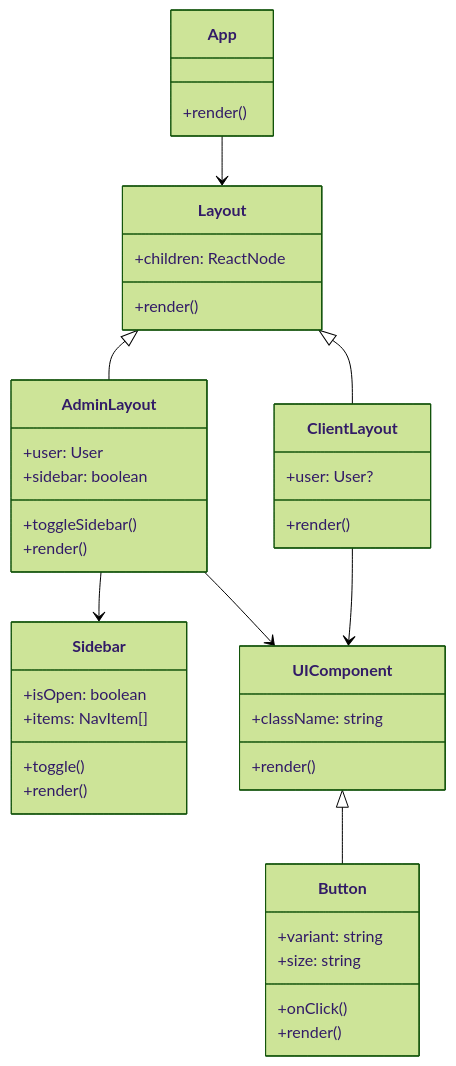
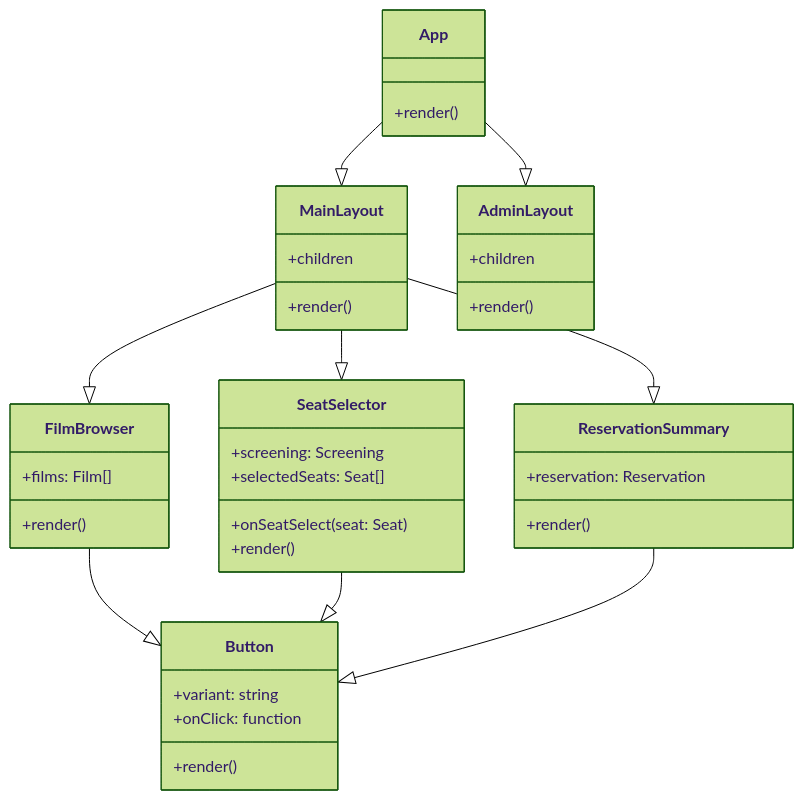
One commit to harkoussomar/cinema-system-management changed the third of 5 diagrams in frontend-documentation.md. Above: the diagram before and after it, drawn with Mermaid (forest theme). The commit also changed other lines of this file and 43 other files, not shown here.

````diff
--- a/frontend-documentation.md
+++ b/frontend-documentation.md
@@ -185,51 +283,48 @@
 ```mermaid
 classDiagram
     class App {
         +render()
     }
 
-    class Layout {
-        +children: ReactNode
+    class MainLayout {
+        +children
         +render()
     }
 
     class AdminLayout {
-        +user: User
-        +sidebar: boolean
-        +toggleSidebar()
+        +children
         +render()
     }
 
-    class ClientLayout {
-        +user: User?
+    class FilmBrowser {
+        +films: Film[]
         +render()
     }
 
-    class UIComponent {
-        +className: string
+    class SeatSelector {
+        +screening: Screening
+        +selectedSeats: Seat[]
+        +onSeatSelect(seat: Seat)
+        +render()
+    }
+
+    class ReservationSummary {
+        +reservation: Reservation
         +render()
     }
 
     class Button {
         +variant: string
-        +size: string
-        +onClick()
+        +onClick: function
         +render()
     }
 
-    class Sidebar {
-        +isOpen: boolean
-        +items: NavItem[]
-        +toggle()
-        +render()
-    }
-
-    App --> Layout
-    Layout <|-- AdminLayout
-    Layout <|-- ClientLayout
-    AdminLayout --> Sidebar
-    AdminLayout --> UIComponent
-    ClientLayout --> UIComponent
-    UIComponent <|-- Button
-
+    App --|> MainLayout
+    App --|> AdminLayout
+    MainLayout --|> FilmBrowser
+    MainLayout --|> SeatSelector
+    MainLayout --|> ReservationSummary
+    FilmBrowser --|> Button
+    SeatSelector --|> Button
+    ReservationSummary --|> Button
 ```
````
